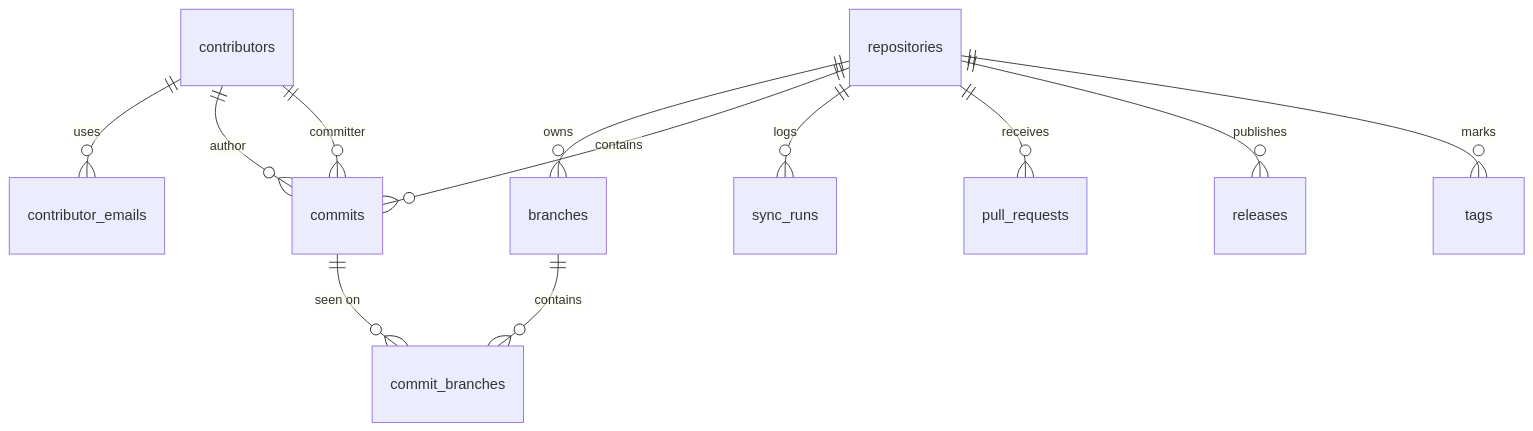
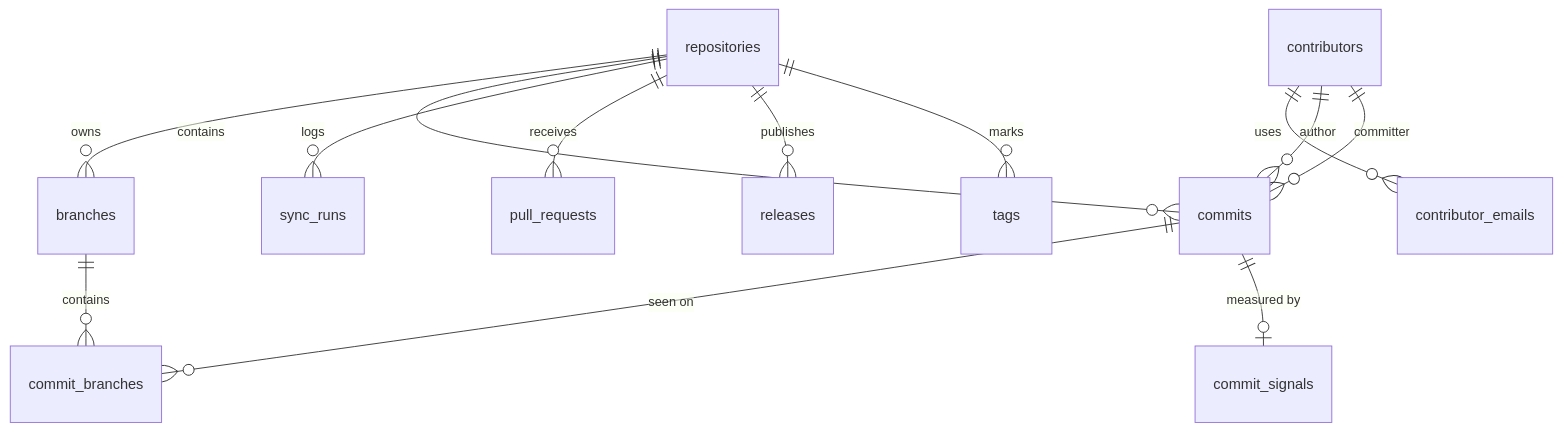
One commit to studoo-app/watchoo changed the diagram in documentation/en/04-data-model.md. Above: the diagram before and after it, drawn with Mermaid. The commit also changed other lines of this file and 46 other files, not shown here.

````diff
--- a/documentation/en/04-data-model.md
+++ b/documentation/en/04-data-model.md
@@ -16,14 +17,15 @@
 ```mermaid
 erDiagram
     repositories ||--o{ branches : "owns"
     repositories ||--o{ commits : "contains"
     repositories ||--o{ sync_runs : "logs"
     repositories ||--o{ pull_requests : "receives"
     repositories ||--o{ releases : "publishes"
     repositories ||--o{ tags : "marks"
     commits ||--o{ commit_branches : "seen on"
+    commits ||--o| commit_signals : "measured by"
     branches ||--o{ commit_branches : "contains"
     contributors ||--o{ contributor_emails : "uses"
     contributors ||--o{ commits : "author"
     contributors ||--o{ commits : "committer"
 ```
````
